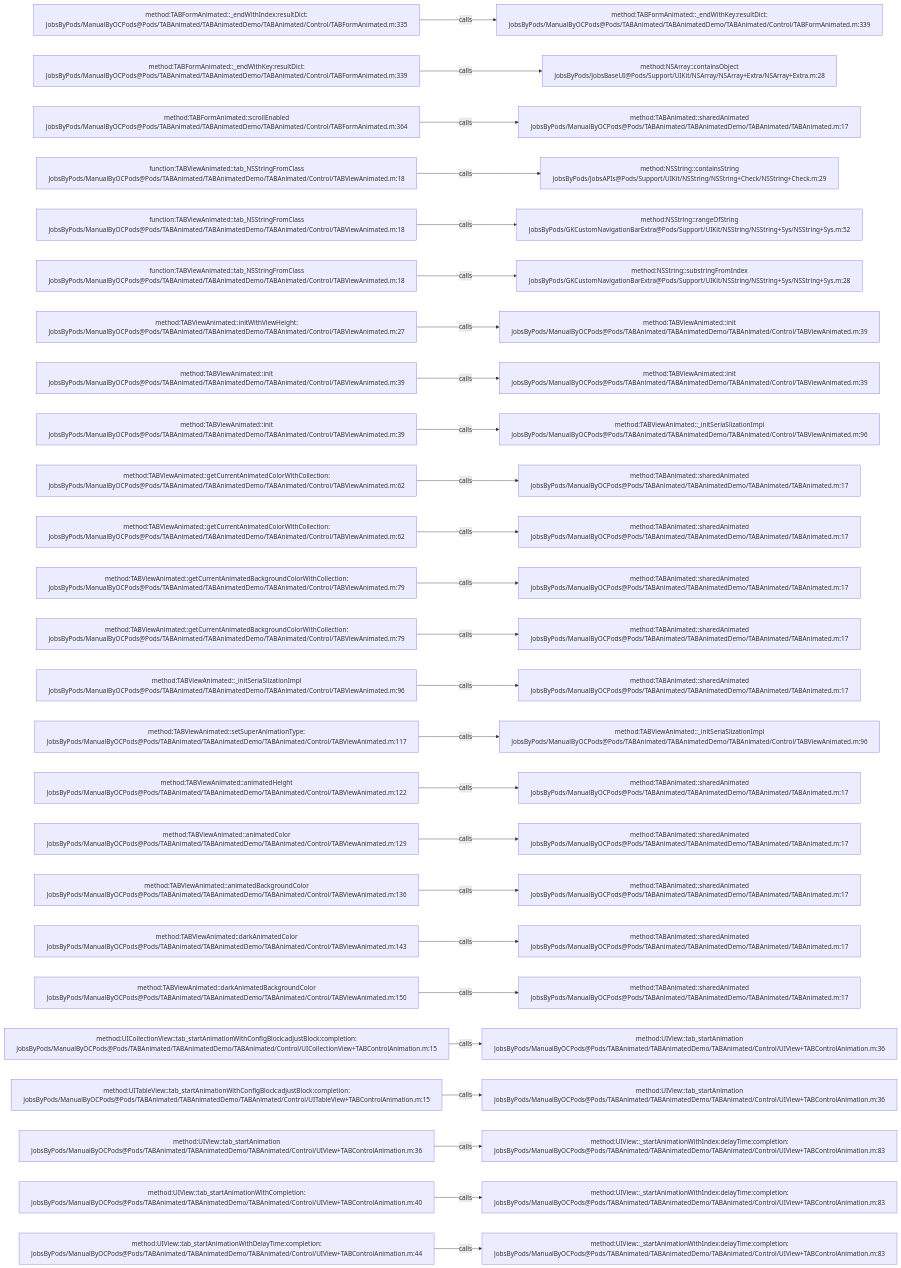
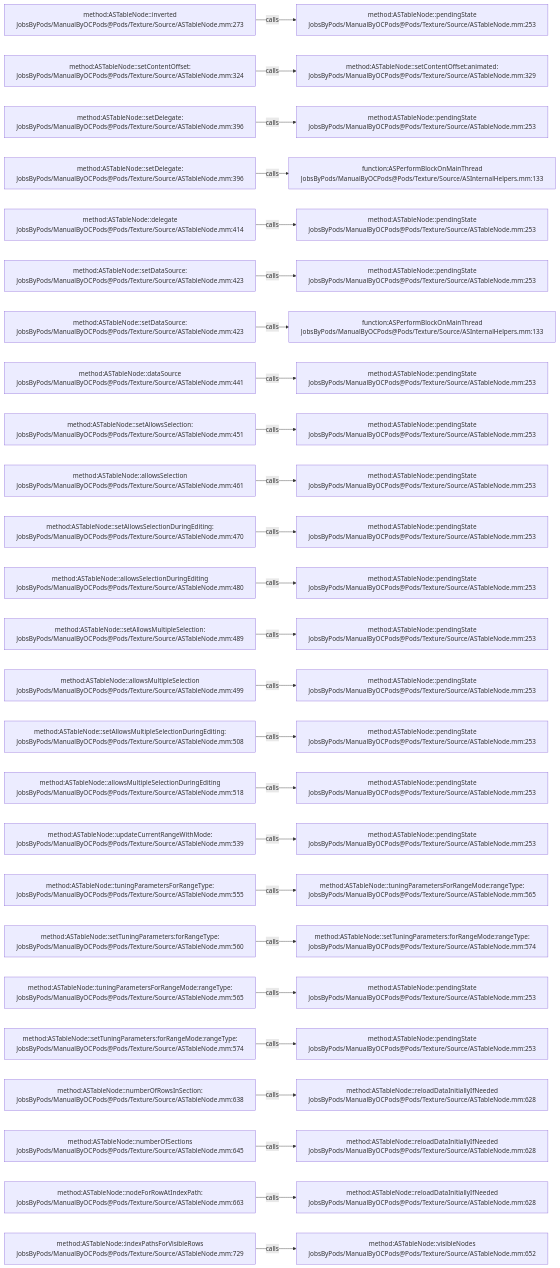
The diagram in .codegraph/codegraph.md/graphs/calls-131.md (JobsKits/JobsOCBaseConfigDemo), drawn with Mermaid before and after one commit. The commit also changed 2162 other files, not shown here.

````diff
--- a/.codegraph/codegraph.md/graphs/calls-131.md
+++ b/.codegraph/codegraph.md/graphs/calls-131.md
@@ -13,78 +13,78 @@
 ```mermaid
 flowchart LR
-  S1["method:TABFormAnimated::_endWithIndex:resultDict:<br/>JobsByPods/ManualByOCPods@Pods/TABAnimated/TABAnimatedDemo/TABAnimated/Control/TABFormAnimated.m:335"]
-  T1["method:TABFormAnimated::_endWithKey:resultDict:<br/>JobsByPods/ManualByOCPods@Pods/TABAnimated/TABAnimatedDemo/TABAnimated/Control/TABFormAnimated.m:339"]
+  S1["method:ASTableNode::inverted<br/>JobsByPods/ManualByOCPods@Pods/Texture/Source/ASTableNode.mm:273"]
+  T1["method:ASTableNode::pendingState<br/>JobsByPods/ManualByOCPods@Pods/Texture/Source/ASTableNode.mm:253"]
   S1 -->|calls| T1
-  S2["method:TABFormAnimated::_endWithKey:resultDict:<br/>JobsByPods/ManualByOCPods@Pods/TABAnimated/TABAnimatedDemo/TABAnimated/Control/TABFormAnimated.m:339"]
-  T2["method:NSArray::containsObject<br/>JobsByPods/JobsBaseUI@Pods/Support/UIKit/NSArray/NSArray+Extra/NSArray+Extra.m:28"]
+  S2["method:ASTableNode::setContentOffset:<br/>JobsByPods/ManualByOCPods@Pods/Texture/Source/ASTableNode.mm:324"]
+  T2["method:ASTableNode::setContentOffset:animated:<br/>JobsByPods/ManualByOCPods@Pods/Texture/Source/ASTableNode.mm:329"]
   S2 -->|calls| T2
-  S3["method:TABFormAnimated::scrollEnabled<br/>JobsByPods/ManualByOCPods@Pods/TABAnimated/TABAnimatedDemo/TABAnimated/Control/TABFormAnimated.m:364"]
-  T3["method:TABAnimated::sharedAnimated<br/>JobsByPods/ManualByOCPods@Pods/TABAnimated/TABAnimatedDemo/TABAnimated/TABAnimated.m:17"]
+  S3["method:ASTableNode::setDelegate:<br/>JobsByPods/ManualByOCPods@Pods/Texture/Source/ASTableNode.mm:396"]
+  T3["method:ASTableNode::pendingState<br/>JobsByPods/ManualByOCPods@Pods/Texture/Source/ASTableNode.mm:253"]
   S3 -->|calls| T3
-  S4["function:TABViewAnimated::tab_NSStringFromClass<br/>JobsByPods/ManualByOCPods@Pods/TABAnimated/TABAnimatedDemo/TABAnimated/Control/TABViewAnimated.m:18"]
-  T4["method:NSString::containsString<br/>JobsByPods/JobsAPIs@Pods/Support/UIKit/NSString/NSString+Check/NSString+Check.m:29"]
+  S4["method:ASTableNode::setDelegate:<br/>JobsByPods/ManualByOCPods@Pods/Texture/Source/ASTableNode.mm:396"]
+  T4["function:ASPerformBlockOnMainThread<br/>JobsByPods/ManualByOCPods@Pods/Texture/Source/ASInternalHelpers.mm:133"]
   S4 -->|calls| T4
-  S5["function:TABViewAnimated::tab_NSStringFromClass<br/>JobsByPods/ManualByOCPods@Pods/TABAnimated/TABAnimatedDemo/TABAnimated/Control/TABViewAnimated.m:18"]
-  T5["method:NSString::rangeOfString<br/>JobsByPods/GKCustomNavigationBarExtra@Pods/Support/UIKit/NSString/NSString+Sys/NSString+Sys.m:52"]
+  S5["method:ASTableNode::delegate<br/>JobsByPods/ManualByOCPods@Pods/Texture/Source/ASTableNode.mm:414"]
+  T5["method:ASTableNode::pendingState<br/>JobsByPods/ManualByOCPods@Pods/Texture/Source/ASTableNode.mm:253"]
   S5 -->|calls| T5
-  S6["function:TABViewAnimated::tab_NSStringFromClass<br/>JobsByPods/ManualByOCPods@Pods/TABAnimated/TABAnimatedDemo/TABAnimated/Control/TABViewAnimated.m:18"]
-  T6["method:NSString::substringFromIndex<br/>JobsByPods/GKCustomNavigationBarExtra@Pods/Support/UIKit/NSString/NSString+Sys/NSString+Sys.m:28"]
+  S6["method:ASTableNode::setDataSource:<br/>JobsByPods/ManualByOCPods@Pods/Texture/Source/ASTableNode.mm:423"]
+  T6["method:ASTableNode::pendingState<br/>JobsByPods/ManualByOCPods@Pods/Texture/Source/ASTableNode.mm:253"]
   S6 -->|calls| T6
-  S7["method:TABViewAnimated::initWithViewHeight:<br/>JobsByPods/ManualByOCPods@Pods/TABAnimated/TABAnimatedDemo/TABAnimated/Control/TABViewAnimated.m:27"]
-  T7["method:TABViewAnimated::init<br/>JobsByPods/ManualByOCPods@Pods/TABAnimated/TABAnimatedDemo/TABAnimated/Control/TABViewAnimated.m:39"]
+  S7["method:ASTableNode::setDataSource:<br/>JobsByPods/ManualByOCPods@Pods/Texture/Source/ASTableNode.mm:423"]
+  T7["function:ASPerformBlockOnMainThread<br/>JobsByPods/ManualByOCPods@Pods/Texture/Source/ASInternalHelpers.mm:133"]
   S7 -->|calls| T7
-  S8["method:TABViewAnimated::init<br/>JobsByPods/ManualByOCPods@Pods/TABAnimated/TABAnimatedDemo/TABAnimated/Control/TABViewAnimated.m:39"]
-  T8["method:TABViewAnimated::init<br/>JobsByPods/ManualByOCPods@Pods/TABAnimated/TABAnimatedDemo/TABAnimated/Control/TABViewAnimated.m:39"]
+  S8["method:ASTableNode::dataSource<br/>JobsByPods/ManualByOCPods@Pods/Texture/Source/ASTableNode.mm:441"]
+  T8["method:ASTableNode::pendingState<br/>JobsByPods/ManualByOCPods@Pods/Texture/Source/ASTableNode.mm:253"]
   S8 -->|calls| T8
-  S9["method:TABViewAnimated::init<br/>JobsByPods/ManualByOCPods@Pods/TABAnimated/TABAnimatedDemo/TABAnimated/Control/TABViewAnimated.m:39"]
-  T9["method:TABViewAnimated::_initSeriaSlizationImpl<br/>JobsByPods/ManualByOCPods@Pods/TABAnimated/TABAnimatedDemo/TABAnimated/Control/TABViewAnimated.m:96"]
+  S9["method:ASTableNode::setAllowsSelection:<br/>JobsByPods/ManualByOCPods@Pods/Texture/Source/ASTableNode.mm:451"]
+  T9["method:ASTableNode::pendingState<br/>JobsByPods/ManualByOCPods@Pods/Texture/Source/ASTableNode.mm:253"]
   S9 -->|calls| T9
-  S10["method:TABViewAnimated::getCurrentAnimatedColorWithCollection:<br/>JobsByPods/ManualByOCPods@Pods/TABAnimated/TABAnimatedDemo/TABAnimated/Control/TABViewAnimated.m:62"]
-  T10["method:TABAnimated::sharedAnimated<br/>JobsByPods/ManualByOCPods@Pods/TABAnimated/TABAnimatedDemo/TABAnimated/TABAnimated.m:17"]
+  S10["method:ASTableNode::allowsSelection<br/>JobsByPods/ManualByOCPods@Pods/Texture/Source/ASTableNode.mm:461"]
+  T10["method:ASTableNode::pendingState<br/>JobsByPods/ManualByOCPods@Pods/Texture/Source/ASTableNode.mm:253"]
   S10 -->|calls| T10
-  S11["method:TABViewAnimated::getCurrentAnimatedColorWithCollection:<br/>JobsByPods/ManualByOCPods@Pods/TABAnimated/TABAnimatedDemo/TABAnimated/Control/TABViewAnimated.m:62"]
-  T11["method:TABAnimated::sharedAnimated<br/>JobsByPods/ManualByOCPods@Pods/TABAnimated/TABAnimatedDemo/TABAnimated/TABAnimated.m:17"]
+  S11["method:ASTableNode::setAllowsSelectionDuringEditing:<br/>JobsByPods/ManualByOCPods@Pods/Texture/Source/ASTableNode.mm:470"]
+  T11["method:ASTableNode::pendingState<br/>JobsByPods/ManualByOCPods@Pods/Texture/Source/ASTableNode.mm:253"]
   S11 -->|calls| T11
-  S12["method:TABViewAnimated::getCurrentAnimatedBackgroundColorWithCollection:<br/>JobsByPods/ManualByOCPods@Pods/TABAnimated/TABAnimatedDemo/TABAnimated/Control/TABViewAnimated.m:79"]
-  T12["method:TABAnimated::sharedAnimated<br/>JobsByPods/ManualByOCPods@Pods/TABAnimated/TABAnimatedDemo/TABAnimated/TABAnimated.m:17"]
+  S12["method:ASTableNode::allowsSelectionDuringEditing<br/>JobsByPods/ManualByOCPods@Pods/Texture/Source/ASTableNode.mm:480"]
+  T12["method:ASTableNode::pendingState<br/>JobsByPods/ManualByOCPods@Pods/Texture/Source/ASTableNode.mm:253"]
   S12 -->|calls| T12
-  S13["method:TABViewAnimated::getCurrentAnimatedBackgroundColorWithCollection:<br/>JobsByPods/ManualByOCPods@Pods/TABAnimated/TABAnimatedDemo/TABAnimated/Control/TABViewAnimated.m:79"]
-  T13["method:TABAnimated::sharedAnimated<br/>JobsByPods/ManualByOCPods@Pods/TABAnimated/TABAnimatedDemo/TABAnimated/TABAnimated.m:17"]
+  S13["method:ASTableNode::setAllowsMultipleSelection:<br/>JobsByPods/ManualByOCPods@Pods/Texture/Source/ASTableNode.mm:489"]
+  T13["method:ASTableNode::pendingState<br/>JobsByPods/ManualByOCPods@Pods/Texture/Source/ASTableNode.mm:253"]
   S13 -->|calls| T13
-  S14["method:TABViewAnimated::_initSeriaSlizationImpl<br/>JobsByPods/ManualByOCPods@Pods/TABAnimated/TABAnimatedDemo/TABAnimated/Control/TABViewAnimated.m:96"]
-  T14["method:TABAnimated::sharedAnimated<br/>JobsByPods/ManualByOCPods@Pods/TABAnimated/TABAnimatedDemo/TABAnimated/TABAnimated.m:17"]
+  S14["method:ASTableNode::allowsMultipleSelection<br/>JobsByPods/ManualByOCPods@Pods/Texture/Source/ASTableNode.mm:499"]
+  T14["method:ASTableNode::pendingState<br/>JobsByPods/ManualByOCPods@Pods/Texture/Source/ASTableNode.mm:253"]
   S14 -->|calls| T14
-  S15["method:TABViewAnimated::setSuperAnimationType:<br/>JobsByPods/ManualByOCPods@Pods/TABAnimated/TABAnimatedDemo/TABAnimated/Control/TABViewAnimated.m:117"]
-  T15["method:TABViewAnimated::_initSeriaSlizationImpl<br/>JobsByPods/ManualByOCPods@Pods/TABAnimated/TABAnimatedDemo/TABAnimated/Control/TABViewAnimated.m:96"]
+  S15["method:ASTableNode::setAllowsMultipleSelectionDuringEditing:<br/>JobsByPods/ManualByOCPods@Pods/Texture/Source/ASTableNode.mm:508"]
+  T15["method:ASTableNode::pendingState<br/>JobsByPods/ManualByOCPods@Pods/Texture/Source/ASTableNode.mm:253"]
   S15 -->|calls| T15
-  S16["method:TABViewAnimated::animatedHeight<br/>JobsByPods/ManualByOCPods@Pods/TABAnimated/TABAnimatedDemo/TABAnimated/Control/TABViewAnimated.m:122"]
-  T16["method:TABAnimated::sharedAnimated<br/>JobsByPods/ManualByOCPods@Pods/TABAnimated/TABAnimatedDemo/TABAnimated/TABAnimated.m:17"]
+  S16["method:ASTableNode::allowsMultipleSelectionDuringEditing<br/>JobsByPods/ManualByOCPods@Pods/Texture/Source/ASTableNode.mm:518"]
+  T16["method:ASTableNode::pendingState<br/>JobsByPods/ManualByOCPods@Pods/Texture/Source/ASTableNode.mm:253"]
   S16 -->|calls| T16
-  S17["method:TABViewAnimated::animatedColor<br/>JobsByPods/ManualByOCPods@Pods/TABAnimated/TABAnimatedDemo/TABAnimated/Control/TABViewAnimated.m:129"]
-  T17["method:TABAnimated::sharedAnimated<br/>JobsByPods/ManualByOCPods@Pods/TABAnimated/TABAnimatedDemo/TABAnimated/TABAnimated.m:17"]
+  S17["method:ASTableNode::updateCurrentRangeWithMode:<br/>JobsByPods/ManualByOCPods@Pods/Texture/Source/ASTableNode.mm:539"]
+  T17["method:ASTableNode::pendingState<br/>JobsByPods/ManualByOCPods@Pods/Texture/Source/ASTableNode.mm:253"]
   S17 -->|calls| T17
-  S18["method:TABViewAnimated::animatedBackgroundColor<br/>JobsByPods/ManualByOCPods@Pods/TABAnimated/TABAnimatedDemo/TABAnimated/Control/TABViewAnimated.m:136"]
-  T18["method:TABAnimated::sharedAnimated<br/>JobsByPods/ManualByOCPods@Pods/TABAnimated/TABAnimatedDemo/TABAnimated/TABAnimated.m:17"]
+  S18["method:ASTableNode::tuningParametersForRangeType:<br/>JobsByPods/ManualByOCPods@Pods/Texture/Source/ASTableNode.mm:555"]
+  T18["method:ASTableNode::tuningParametersForRangeMode:rangeType:<br/>JobsByPods/ManualByOCPods@Pods/Texture/Source/ASTableNode.mm:565"]
   S18 -->|calls| T18
-  S19["method:TABViewAnimated::darkAnimatedColor<br/>JobsByPods/ManualByOCPods@Pods/TABAnimated/TABAnimatedDemo/TABAnimated/Control/TABViewAnimated.m:143"]
-  T19["method:TABAnimated::sharedAnimated<br/>JobsByPods/ManualByOCPods@Pods/TABAnimated/TABAnimatedDemo/TABAnimated/TABAnimated.m:17"]
+  S19["method:ASTableNode::setTuningParameters:forRangeType:<br/>JobsByPods/ManualByOCPods@Pods/Texture/Source/ASTableNode.mm:560"]
+  T19["method:ASTableNode::setTuningParameters:forRangeMode:rangeType:<br/>JobsByPods/ManualByOCPods@Pods/Texture/Source/ASTableNode.mm:574"]
   S19 -->|calls| T19
-  S20["method:TABViewAnimated::darkAnimatedBackgroundColor<br/>JobsByPods/ManualByOCPods@Pods/TABAnimated/TABAnimatedDemo/TABAnimated/Control/TABViewAnimated.m:150"]
-  T20["method:TABAnimated::sharedAnimated<br/>JobsByPods/ManualByOCPods@Pods/TABAnimated/TABAnimatedDemo/TABAnimated/TABAnimated.m:17"]
+  S20["method:ASTableNode::tuningParametersForRangeMode:rangeType:<br/>JobsByPods/ManualByOCPods@Pods/Texture/Source/ASTableNode.mm:565"]
+  T20["method:ASTableNode::pendingState<br/>JobsByPods/ManualByOCPods@Pods/Texture/Source/ASTableNode.mm:253"]
   S20 -->|calls| T20
-  S21["method:UICollectionView::tab_startAnimationWithConfigBlock:adjustBlock:completion:<br/>JobsByPods/ManualByOCPods@Pods/TABAnimated/TABAnimatedDemo/TABAnimated/Control/UICollectionView+TABControlAnimation.m:15"]
-  T21["method:UIView::tab_startAnimation<br/>JobsByPods/ManualByOCPods@Pods/TABAnimated/TABAnimatedDemo/TABAnimated/Control/UIView+TABControlAnimation.m:36"]
+  S21["method:ASTableNode::setTuningParameters:forRangeMode:rangeType:<br/>JobsByPods/ManualByOCPods@Pods/Texture/Source/ASTableNode.mm:574"]
+  T21["method:ASTableNode::pendingState<br/>JobsByPods/ManualByOCPods@Pods/Texture/Source/ASTableNode.mm:253"]
   S21 -->|calls| T21
-  S22["method:UITableView::tab_startAnimationWithConfigBlock:adjustBlock:completion:<br/>JobsByPods/ManualByOCPods@Pods/TABAnimated/TABAnimatedDemo/TABAnimated/Control/UITableView+TABControlAnimation.m:15"]
-  T22["method:UIView::tab_startAnimation<br/>JobsByPods/ManualByOCPods@Pods/TABAnimated/TABAnimatedDemo/TABAnimated/Control/UIView+TABControlAnimation.m:36"]
+  S22["method:ASTableNode::numberOfRowsInSection:<br/>JobsByPods/ManualByOCPods@Pods/Texture/Source/ASTableNode.mm:638"]
+  T22["method:ASTableNode::reloadDataInitiallyIfNeeded<br/>JobsByPods/ManualByOCPods@Pods/Texture/Source/ASTableNode.mm:628"]
   S22 -->|calls| T22
-  S23["method:UIView::tab_startAnimation<br/>JobsByPods/ManualByOCPods@Pods/TABAnimated/TABAnimatedDemo/TABAnimated/Control/UIView+TABControlAnimation.m:36"]
-  T23["method:UIView::_startAnimationWithIndex:delayTime:completion:<br/>JobsByPods/ManualByOCPods@Pods/TABAnimated/TABAnimatedDemo/TABAnimated/Control/UIView+TABControlAnimation.m:83"]
+  S23["method:ASTableNode::numberOfSections<br/>JobsByPods/ManualByOCPods@Pods/Texture/Source/ASTableNode.mm:645"]
+  T23["method:ASTableNode::reloadDataInitiallyIfNeeded<br/>JobsByPods/ManualByOCPods@Pods/Texture/Source/ASTableNode.mm:628"]
   S23 -->|calls| T23
-  S24["method:UIView::tab_startAnimationWithCompletion:<br/>JobsByPods/ManualByOCPods@Pods/TABAnimated/TABAnimatedDemo/TABAnimated/Control/UIView+TABControlAnimation.m:40"]
-  T24["method:UIView::_startAnimationWithIndex:delayTime:completion:<br/>JobsByPods/ManualByOCPods@Pods/TABAnimated/TABAnimatedDemo/TABAnimated/Control/UIView+TABControlAnimation.m:83"]
+  S24["method:ASTableNode::nodeForRowAtIndexPath:<br/>JobsByPods/ManualByOCPods@Pods/Texture/Source/ASTableNode.mm:663"]
+  T24["method:ASTableNode::reloadDataInitiallyIfNeeded<br/>JobsByPods/ManualByOCPods@Pods/Texture/Source/ASTableNode.mm:628"]
   S24 -->|calls| T24
-  S25["method:UIView::tab_startAnimationWithDelayTime:completion:<br/>JobsByPods/ManualByOCPods@Pods/TABAnimated/TABAnimatedDemo/TABAnimated/Control/UIView+TABControlAnimation.m:44"]
-  T25["method:UIView::_startAnimationWithIndex:delayTime:completion:<br/>JobsByPods/ManualByOCPods@Pods/TABAnimated/TABAnimatedDemo/TABAnimated/Control/UIView+TABControlAnimation.m:83"]
+  S25["method:ASTableNode::indexPathsForVisibleRows<br/>JobsByPods/ManualByOCPods@Pods/Texture/Source/ASTableNode.mm:729"]
+  T25["method:ASTableNode::visibleNodes<br/>JobsByPods/ManualByOCPods@Pods/Texture/Source/ASTableNode.mm:652"]
   S25 -->|calls| T25
 ```
````
